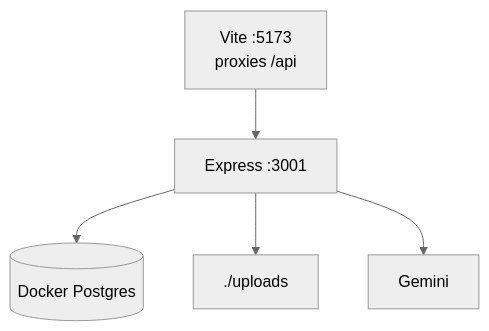
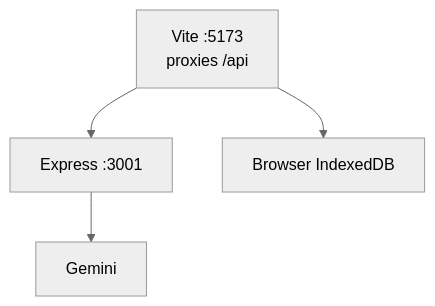
The second of 4 diagrams in ARCHITECTURE.md (MoShahan/ledger-lens), drawn with Mermaid (neutral theme) before and after one commit. The commit also changed other lines of this file and 31 other files, not shown here.

````diff
--- a/ARCHITECTURE.md
+++ b/ARCHITECTURE.md
@@ -59,12 +56,10 @@
 ```mermaid
 flowchart TB
   Vite["Vite :5173\nproxies /api"]
   Express["Express :3001"]
-  PGLocal[(Docker Postgres)]
-  Uploads["./uploads"]
+  IDB["Browser IndexedDB"]
 
   Vite --> Express
-  Express --> PGLocal
-  Express --> Uploads
+  Vite --> IDB
   Express --> Gemini["Gemini"]
 ```
````
